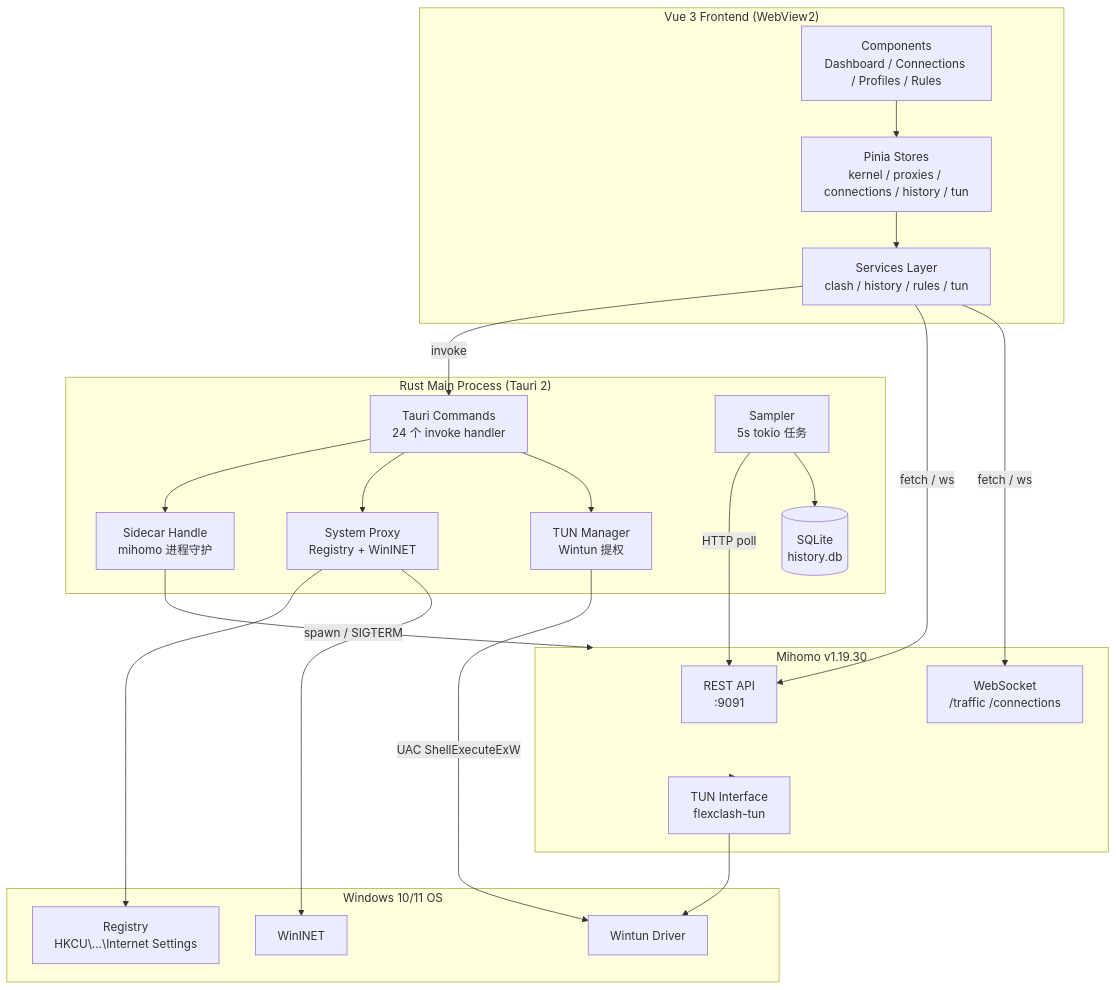
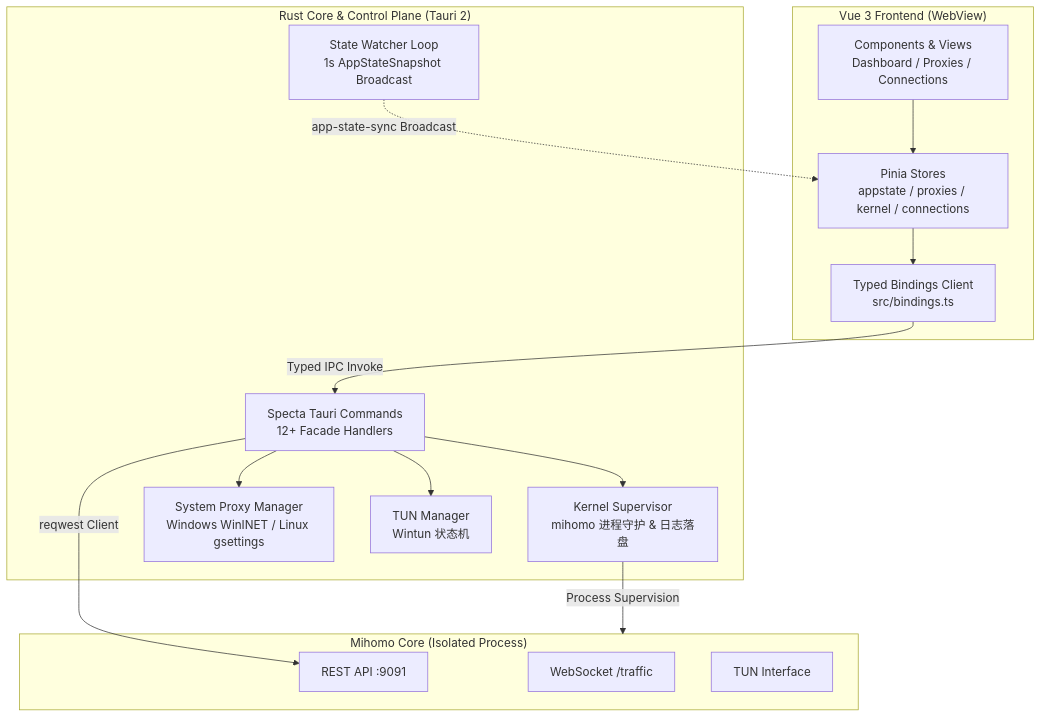
The diagram in README.md (zhuyikai2002/flexclash), drawn with Mermaid before and after one commit. The commit also changed other lines of this file, not shown here.

Commit message:
docs: overhaul README for v0.2.0 architecture and platform updates

````diff
--- a/README.md
+++ b/README.md
@@ -106,48 +80,32 @@
 ```mermaid
 graph TB
-    subgraph Frontend["Vue 3 Frontend (WebView2)"]
-        UI[Components<br/>Dashboard / Connections / Profiles / Rules]
-        Stores[Pinia Stores<br/>kernel / proxies / connections / history / tun]
-        Services[Services Layer<br/>clash / history / rules / tun]
+    subgraph Frontend["Vue 3 Frontend (WebView)"]
+        UI[Components & Views<br/>Dashboard / Proxies / Connections]
+        Stores[Pinia Stores<br/>appstate / proxies / kernel / connections]
+        Bindings[Typed Bindings Client<br/>src/bindings.ts]
         UI --> Stores
-        Stores --> Services
+        Stores --> Bindings
     end
 
-    subgraph Backend["Rust Main Process (Tauri 2)"]
-        Commands[Tauri Commands<br/>24 个 invoke handler]
-        Sidecar[Sidecar Handle<br/>mihomo 进程守护]
-        Proxy[System Proxy<br/>Registry + WinINET]
-        Tun[TUN Manager<br/>Wintun 提权]
-        DB[(SQLite<br/>history.db)]
-        Sampler[Sampler<br/>5s tokio 任务]
+    subgraph Backend["Rust Core & Control Plane (Tauri 2)"]
+        Commands[Specta Tauri Commands<br/>12+ Facade Handlers]
+        Watcher[State Watcher Loop<br/>1s AppStateSnapshot Broadcast]
+        Sidecar[Kernel Supervisor<br/>mihomo 进程守护 & 日志落盘]
+        Proxy[System Proxy Manager<br/>Windows WinINET / Linux gsettings]
+        Tun[TUN Manager<br/>Wintun 状态机]
     end
 
-    subgraph Kernel["Mihomo v1.19.30"]
-        REST[REST API<br/>:9091]
-        WS[WebSocket<br/>/traffic /connections]
-        TUN_IF[TUN Interface<br/>flexclash-tun]
+    subgraph Kernel["Mihomo Core (Isolated Process)"]
+        REST[REST API :9091]
+        WS[WebSocket /traffic]
+        TUN_IF[TUN Interface]
     end
 
-    subgraph OS["Windows 10/11 OS"]
-        Registry[Registry<br/>HKCU\...\Internet Settings]
-        WinINET[WinINET]
-        Wintun[Wintun Driver]
-    end
-
-    Services -->|invoke| Commands
-    Services -->|fetch / ws| REST
-    Services -->|fetch / ws| WS
-
+    Bindings -->|Typed IPC Invoke| Commands
+    Watcher -.->|app-state-sync Broadcast| Stores
+    Commands -->|reqwest Client| REST
     Commands --> Sidecar
     Commands --> Proxy
     Commands --> Tun
-    Sidecar -->|spawn / SIGTERM| Kernel
-    Sampler -->|HTTP poll| REST
-    Sampler --> DB
-
-    Proxy --> Registry
-    Proxy --> WinINET
-    Tun -->|UAC ShellExecuteExW| Wintun
-    Kernel --> TUN_IF
-    TUN_IF --> Wintun
+    Sidecar -->|Process Supervision| Kernel
 ```
````
